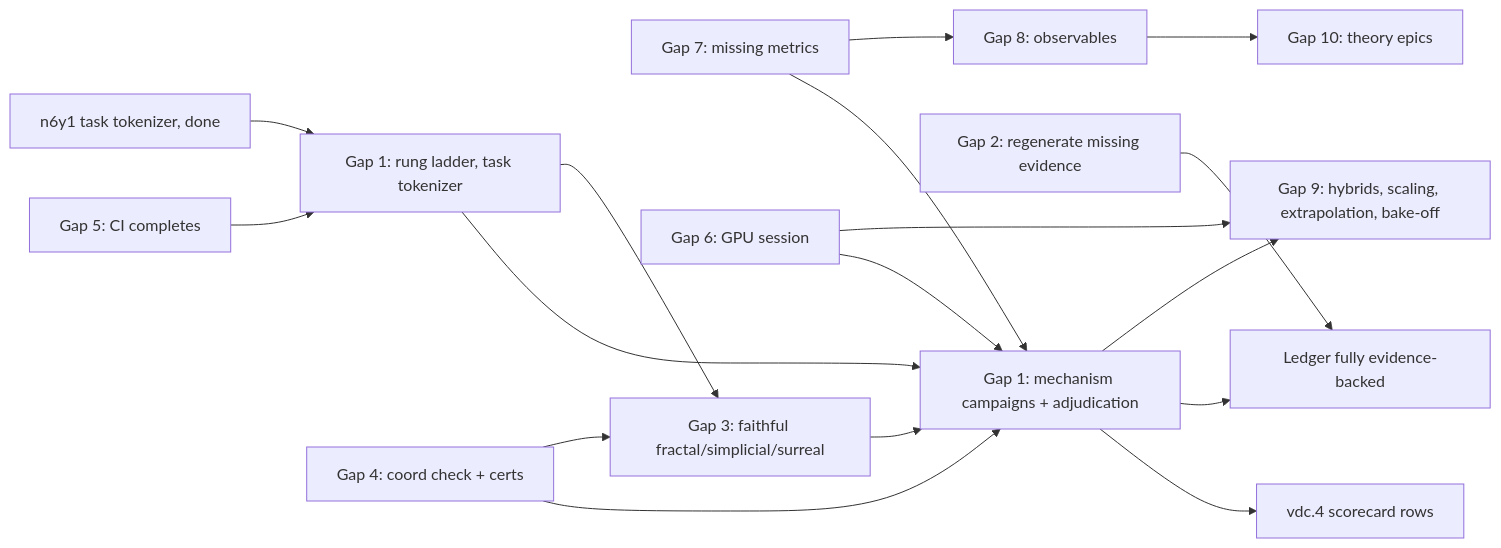
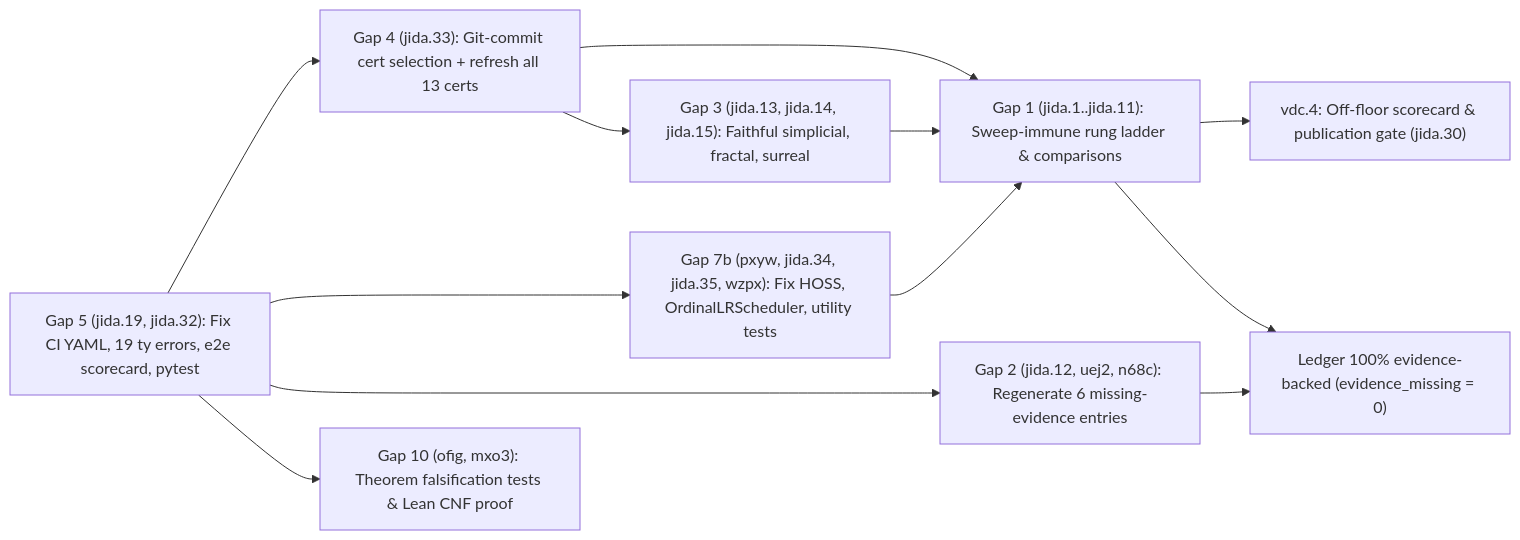
The diagram in docs/bridge_plan.md (Dicklesworthstone/model_guided_research), drawn with Mermaid before and after one commit. The commit also changed other lines of this file and 1 other file, not shown here.

Commit message:
docs(bridge_plan,beads): 2026-10-13 end-to-end reality check, 3 ambition rounds, and bead refinement (jida.32-35)

````diff
--- a/docs/bridge_plan.md
+++ b/docs/bridge_plan.md
@@ -238,19 +280,14 @@
 ```mermaid
 flowchart LR
-  G5[Gap 5: CI completes] --> G1a[Gap 1: rung ladder, task tokenizer]
-  N6[n6y1 task tokenizer, done] --> G1a
-  G1a --> G1b[Gap 1: mechanism campaigns + adjudication]
-  G4[Gap 4: coord check + certs] --> G1b
-  G1b --> VDC4[vdc.4 scorecard rows]
-  G2[Gap 2: regenerate missing evidence] --> LEDGER[Ledger fully evidence-backed]
-  G1b --> LEDGER
-  G7[Gap 7: missing metrics] --> G1b
-  G6[Gap 6: GPU session] --> G1b
-  G6 --> G9[Gap 9: hybrids, scaling, extrapolation, bake-off]
-  G1b --> G9
-  G1a --> G3[Gap 3: faithful fractal/simplicial/surreal]
-  G4 --> G3
-  G3 --> G1b
-  G7 --> G8[Gap 8: observables]
-  G8 --> G10[Gap 10: theory epics]
+  G5["Gap 5 (jida.19, jida.32): Fix CI YAML, 19 ty errors, e2e scorecard, pytest"] --> G4["Gap 4 (jida.33): Git-commit cert selection + refresh all 13 certs"]
+  G5 --> G7B["Gap 7b (pxyw, jida.34, jida.35, wzpx): Fix HOSS, OrdinalLRScheduler, utility tests"]
+  G5 --> G2["Gap 2 (jida.12, uej2, n68c): Regenerate 6 missing-evidence entries"]
+  G4 --> G1A["Gap 1 (jida.1..jida.11): Sweep-immune rung ladder & comparisons"]
+  G7B --> G1A
+  G1A --> VDC4["vdc.4: Off-floor scorecard & publication gate (jida.30)"]
+  G2 --> LEDGER["Ledger 100% evidence-backed (evidence_missing = 0)"]
+  G1A --> LEDGER
+  G4 --> G3["Gap 3 (jida.13, jida.14, jida.15): Faithful simplicial, fractal, surreal"]
+  G3 --> G1A
+  G5 --> G10["Gap 10 (ofig, mxo3): Theorem falsification tests & Lean CNF proof"]
 ```
````
